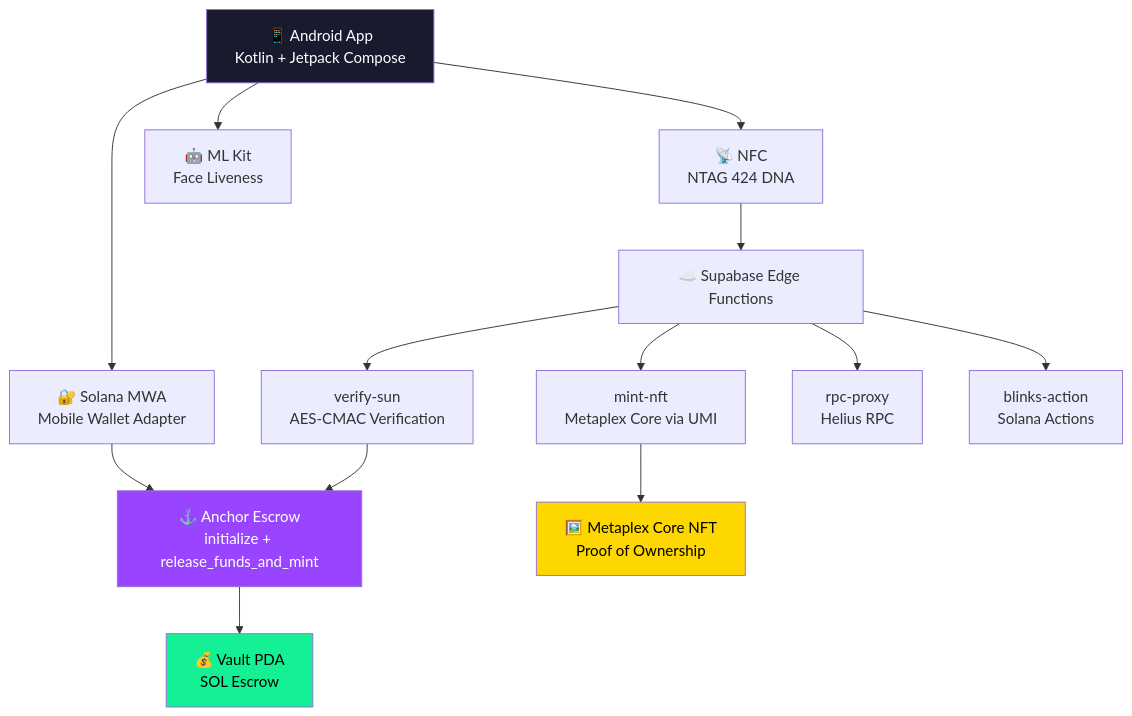
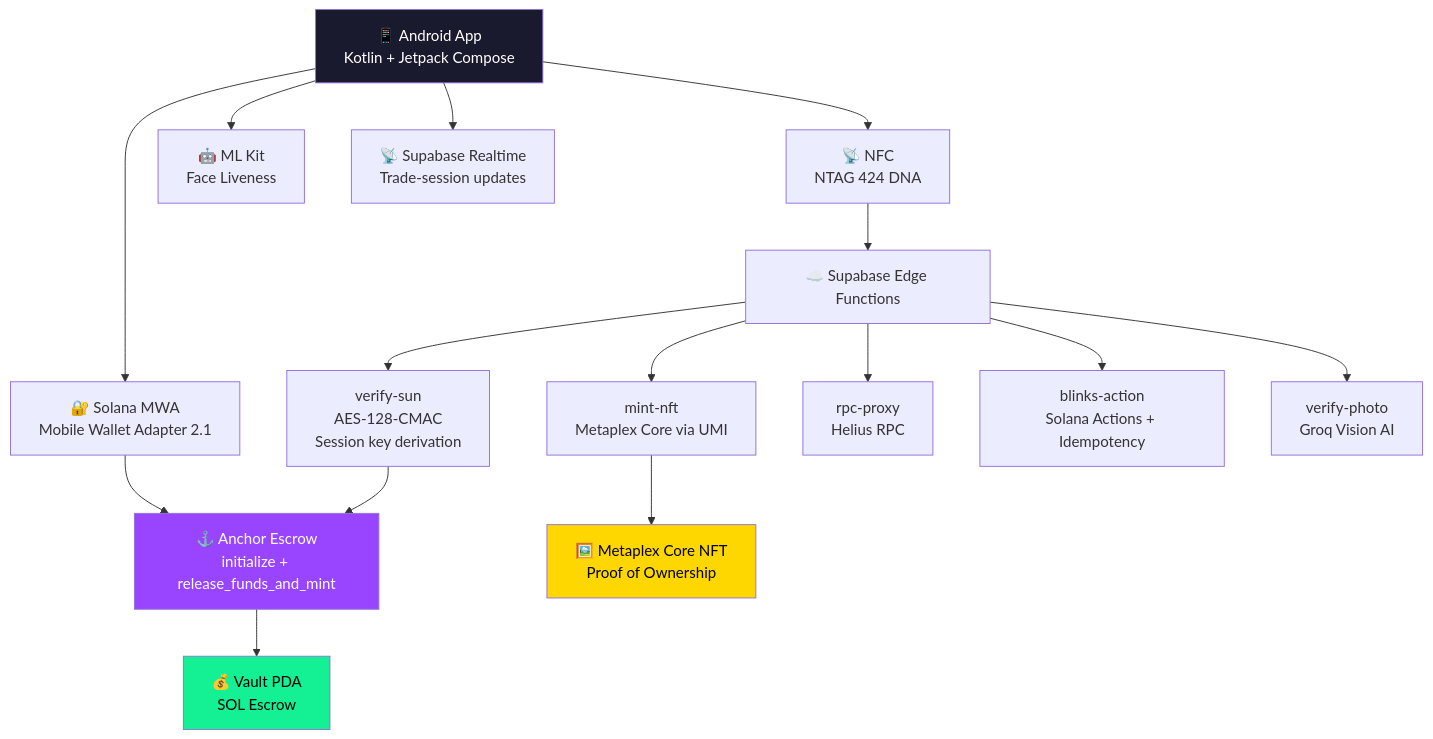
The diagram in README.md (arjun-kuttikkat/Aura), drawn with Mermaid before and after one commit. The commit also changed other lines of this file and 33 other files, not shown here.

````diff
--- a/README.md
+++ b/README.md
@@ -44,23 +67,25 @@
 ```mermaid
 graph TD
-    A["📱 Android App<br/>Kotlin + Jetpack Compose"] --> B["🔐 Solana MWA<br/>Mobile Wallet Adapter"]
+    A["📱 Android App<br/>Kotlin + Jetpack Compose"] --> B["🔐 Solana MWA<br/>Mobile Wallet Adapter 2.1"]
     A --> C["📡 NFC<br/>NTAG 424 DNA"]
     A --> D["🤖 ML Kit<br/>Face Liveness"]
+    A --> R["📡 Supabase Realtime<br/>Trade-session updates"]
     
     B --> E["⚓ Anchor Escrow<br/>initialize + release_funds_and_mint"]
     C --> F["☁️ Supabase Edge Functions"]
     
-    F --> G["verify-sun<br/>AES-CMAC Verification"]
+    F --> G["verify-sun<br/>AES-128-CMAC<br/>Session key derivation"]
     F --> H["mint-nft<br/>Metaplex Core via UMI"]
     F --> I["rpc-proxy<br/>Helius RPC"]
-    F --> J["blinks-action<br/>Solana Actions"]
+    F --> J["blinks-action<br/>Solana Actions + Idempotency"]
+    F --> P["verify-photo<br/>Groq Vision AI"]
     
     G --> E
     H --> K["🖼️ Metaplex Core NFT<br/>Proof of Ownership"]
     E --> L["💰 Vault PDA<br/>SOL Escrow"]
     
     style A fill:#1a1a2e,color:#fff
     style E fill:#9945FF,color:#fff
     style K fill:#FFD700,color:#000
     style L fill:#14F195,color:#000
 ```
````
